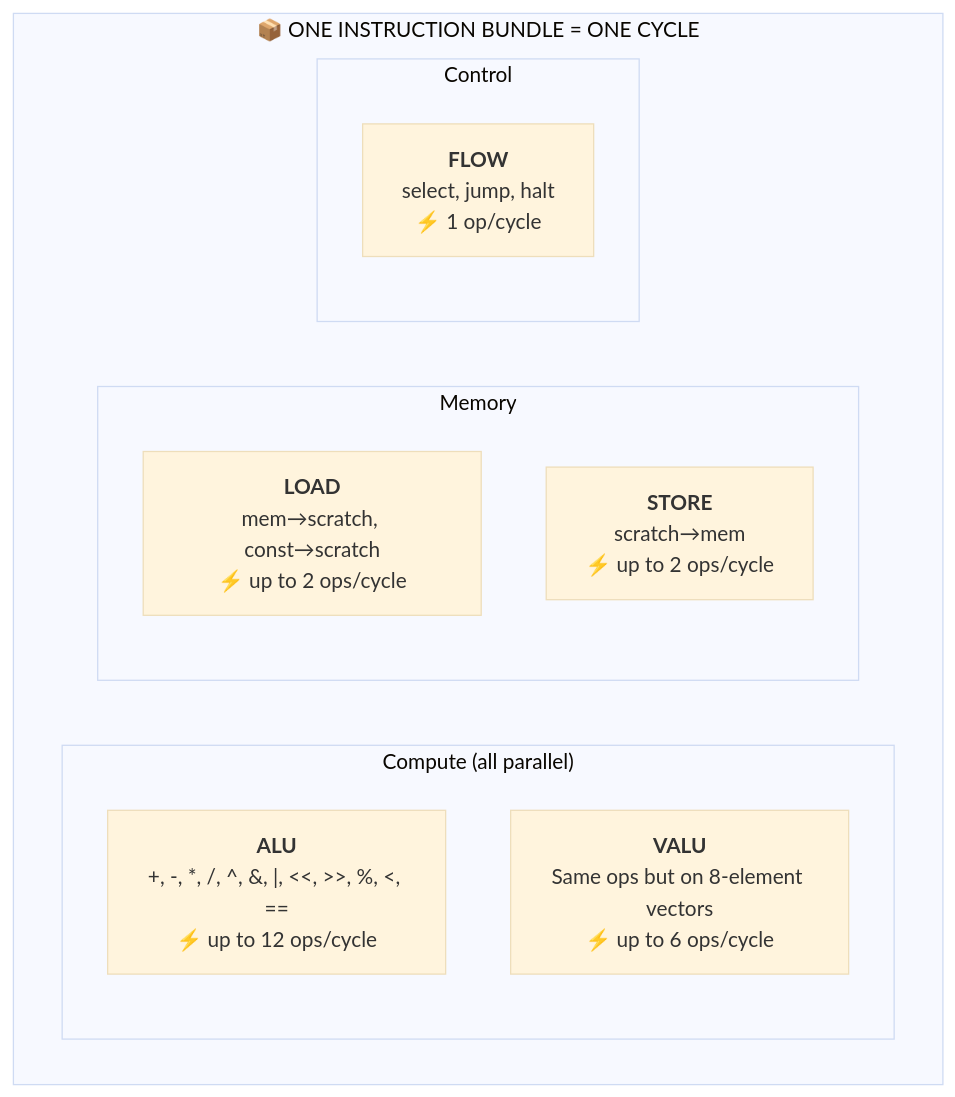
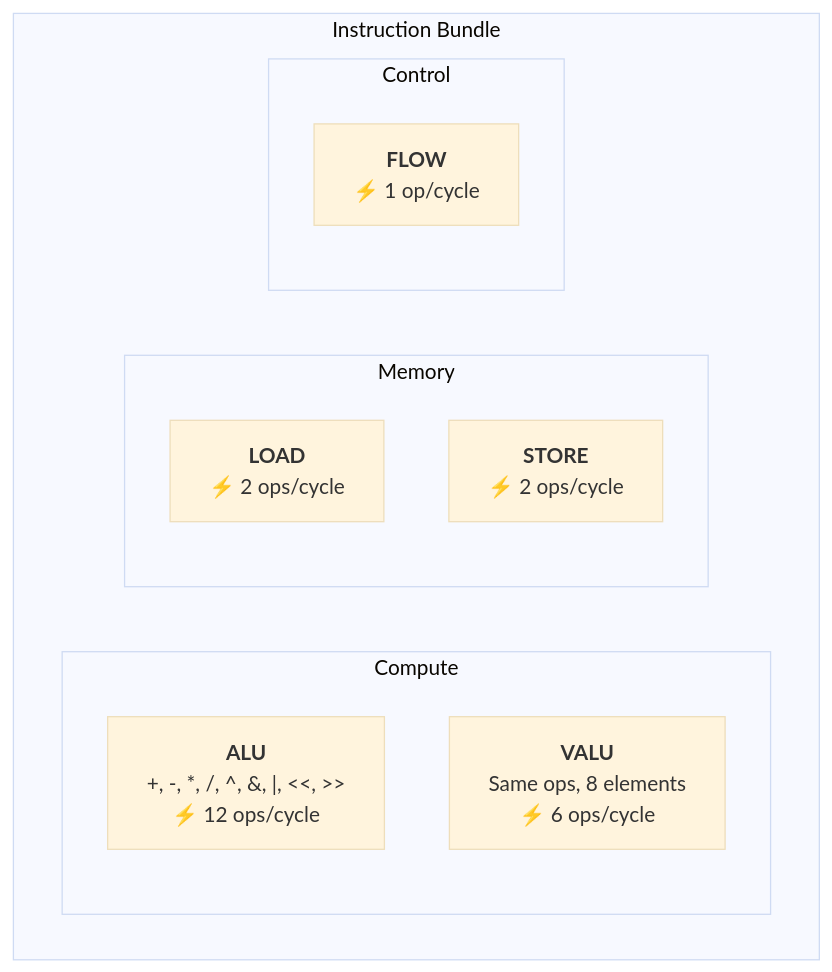
One commit to trirpi/trirpi.github.io changed the second of 4 diagrams in content/posts/anthropic-performance-takehome-deep-dive.md. Above: the diagram before and after it, drawn with Mermaid (base theme). The commit also changed other lines of this file, not shown here.

Commit message:
Move instruction bundle info outside diagram to prevent cutoff

````diff
--- a/content/posts/anthropic-performance-takehome-deep-dive.md
+++ b/content/posts/anthropic-performance-takehome-deep-dive.md
@@ -54,16 +54,16 @@
 ```mermaid
 flowchart TB
-    subgraph bundle["📦 ONE INSTRUCTION BUNDLE = ONE CYCLE"]
-        subgraph compute["Compute (all parallel)"]
-            ALU["<b>ALU</b><br/>+, -, *, /, ^, &, |, <<, >>, %, <, ==<br/>⚡ up to 12 ops/cycle"]
-            VALU["<b>VALU</b><br/>Same ops but on 8-element vectors<br/>⚡ up to 6 ops/cycle"]
+    subgraph bundle["Instruction Bundle"]
+        subgraph compute["Compute"]
+            ALU["<b>ALU</b><br/>+, -, *, /, ^, &, |, <<, >><br/>⚡ 12 ops/cycle"]
+            VALU["<b>VALU</b><br/>Same ops, 8 elements<br/>⚡ 6 ops/cycle"]
         end
         subgraph memops["Memory"]
-            LOAD["<b>LOAD</b><br/>mem→scratch, const→scratch<br/>⚡ up to 2 ops/cycle"]
-            STORE["<b>STORE</b><br/>scratch→mem<br/>⚡ up to 2 ops/cycle"]
+            LOAD["<b>LOAD</b><br/>⚡ 2 ops/cycle"]
+            STORE["<b>STORE</b><br/>⚡ 2 ops/cycle"]
         end
         subgraph control["Control"]
-            FLOW["<b>FLOW</b><br/>select, jump, halt<br/>⚡ 1 op/cycle"]
+            FLOW["<b>FLOW</b><br/>⚡ 1 op/cycle"]
         end
     end
 ```
````
